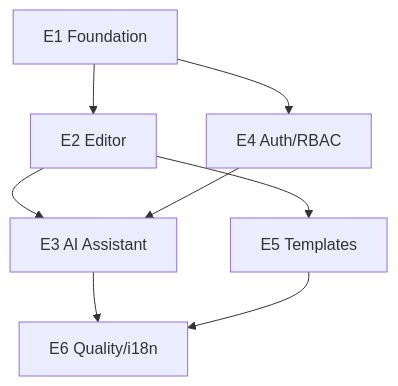
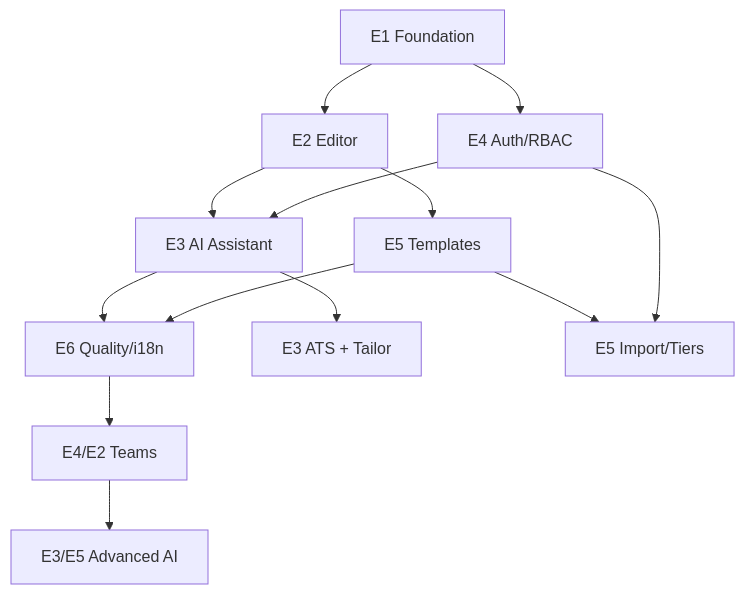
Before and after one commit to RajkishoreJena30/StudyNote: the second of 2 diagrams in Next/Project/ResumeForge/plan/06-Delivery-Plan.md, drawn with Mermaid. The commit also changed other lines of this file and 6 other files, not shown here.

````diff
--- a/Next/Project/ResumeForge/plan/06-Delivery-Plan.md
+++ b/Next/Project/ResumeForge/plan/06-Delivery-Plan.md
@@ -119,10 +811,15 @@
 ```mermaid
 flowchart TD
     E1[E1 Foundation] --> E2[E2 Editor]
     E1 --> E4[E4 Auth/RBAC]
     E2 --> E3[E3 AI Assistant]
     E4 --> E3
     E2 --> E5[E5 Templates]
     E3 --> E6[E6 Quality/i18n]
     E5 --> E6
+    E3 --> E3b[E3 ATS + Tailor]
+    E5 --> E5b[E5 Import/Tiers]
+    E4 --> E5b
+    E6 --> E7[E4/E2 Teams]
+    E7 --> E8[E3/E5 Advanced AI]
 ```
````
